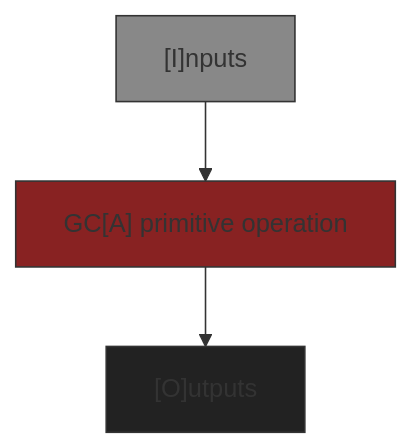
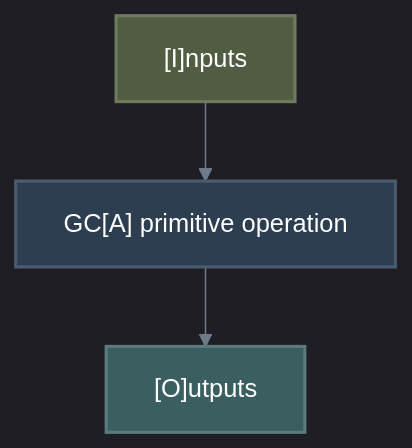
One commit to Shapedsundew9/erasmus-gp changed the sixth of 7 diagrams in docs/components/core/genetic_code/graph.md. Above: the diagram before and after it, drawn with Mermaid. The commit also changed other lines of this file and 21 other files, not shown here.

First line of the commit message:
Enhance Mermaid Diagrams and Color Consistency Across Documentation

````diff
--- a/docs/components/core/genetic_code/graph.md
+++ b/docs/components/core/genetic_code/graph.md
@@ -403,16 +369,14 @@
 ```mermaid
-%% Primitive GC
+%%{init: { 'theme': 'dark', 'themeVariables': { 'lineColor': '#6c7a89', 'textColor': '#edf2f4', 'mainBkg': '#2b2d42', 'primaryBorderColor': '#4a4e69' }}}%%
 flowchart TB
-    I["[I]nputs"]
-    A["GC[A] primitive operation"]
-    O["[O]utputs"]
+    %% Base/Default (Dark Slate)
+    classDef default fill:#2b2d42,stroke:#4a4e69,stroke-width:2px,color:#edf2f4
+    classDef dataTeal fill:#3b5e60,stroke:#5b7a7c,stroke-width:2px,color:#ffffff
+    classDef dataOlive fill:#525c42,stroke:#6f7a5d,stroke-width:2px,color:#ffffff
+    classDef dataNavy fill:#2c3e50,stroke:#4a5c6e,stroke-width:2px,color:#ffffff
+
+    I["[I]nputs"]:::dataOlive
+    A["GC[A] primitive operation"]:::dataNavy
+    O["[O]utputs"]:::dataTeal
     I --> A --> O
-    
-classDef Icd fill:#888888,stroke:#333,stroke-width:1px
-classDef Acd fill:#882222,stroke:#333,stroke-width:1px
-classDef Ocd fill:#222222,stroke:#333,stroke-width:1px
-
-class I Icd
-class A Acd
-class O Ocd
 ```
````
